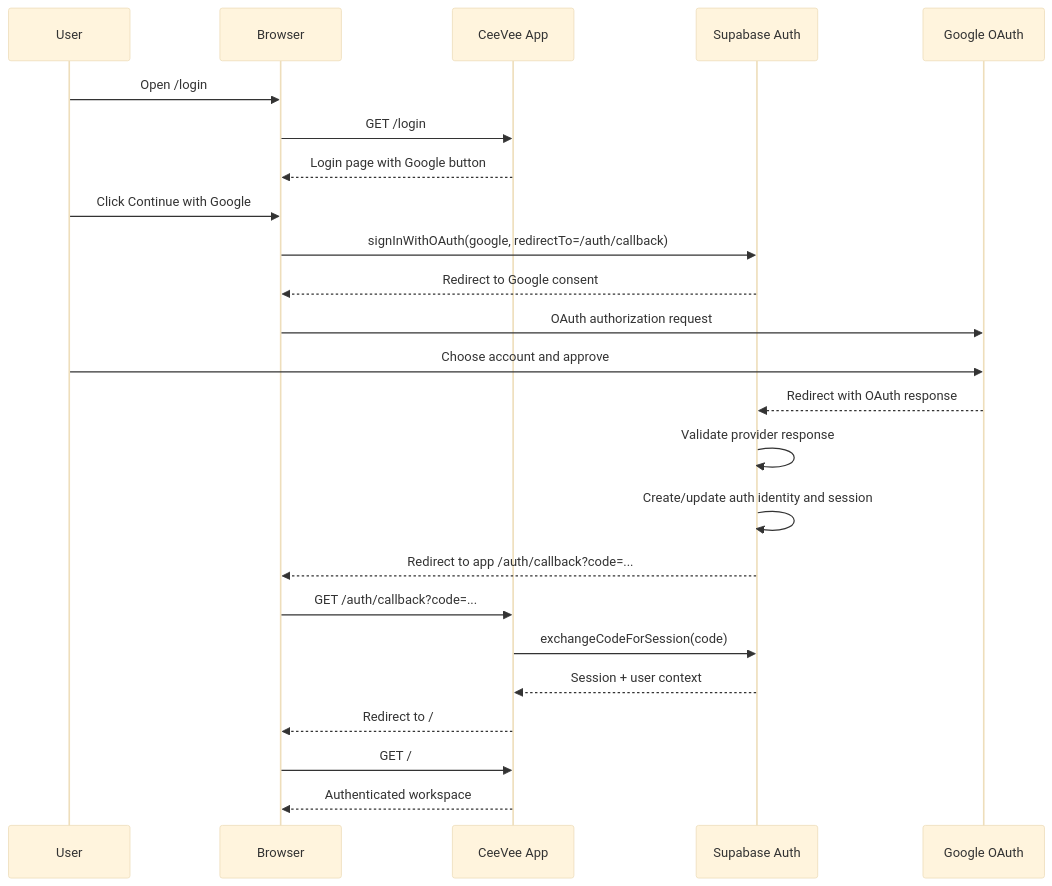
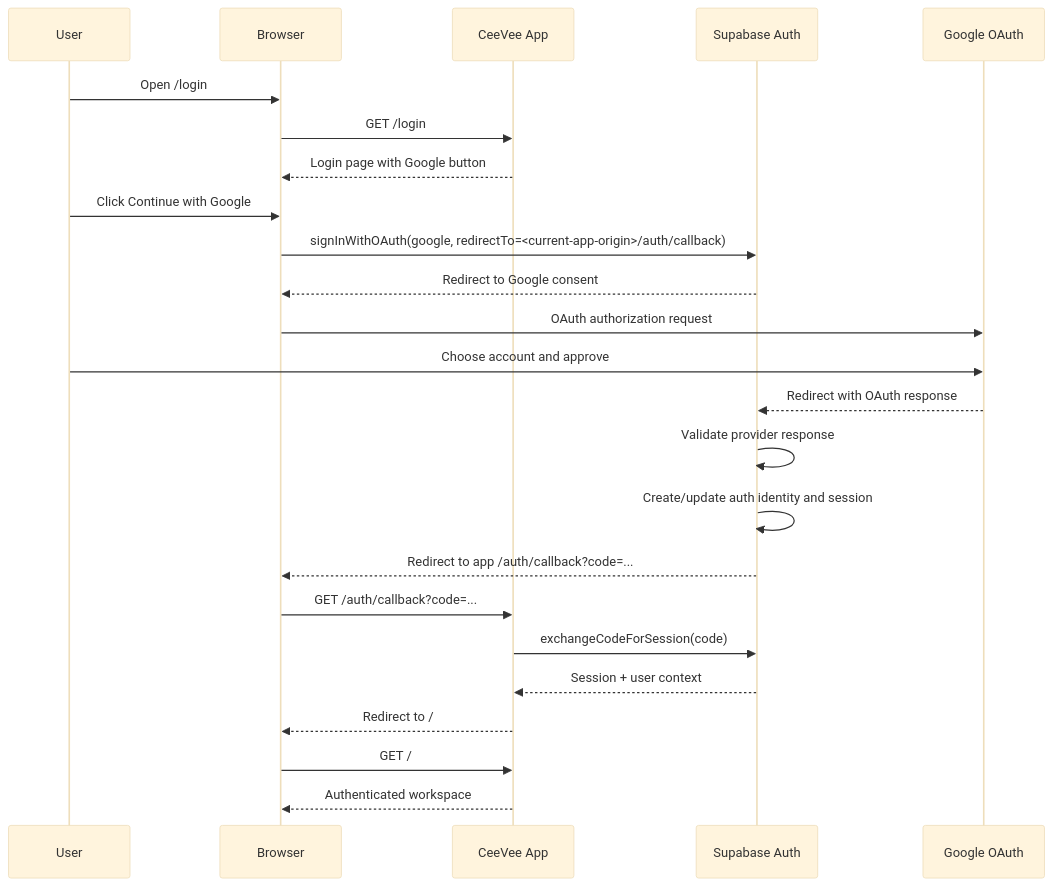
The second of 3 diagrams in docs/google-authentication.md (webeet-io/application-agent), drawn with Mermaid (base theme) before and after one commit.

Commit message:
Tighten auth flow wording in Google OAuth docs

````diff
--- a/docs/google-authentication.md
+++ b/docs/google-authentication.md
@@ -54,27 +54,27 @@
 ```mermaid
 sequenceDiagram
     participant U as User
     participant B as Browser
     participant A as CeeVee App
     participant S as Supabase Auth
     participant G as Google OAuth
 
     U->>B: Open /login
     B->>A: GET /login
     A-->>B: Login page with Google button
     U->>B: Click Continue with Google
-    B->>S: signInWithOAuth(google, redirectTo=/auth/callback)
+    B->>S: signInWithOAuth(google, redirectTo=<current-app-origin>/auth/callback)
     S-->>B: Redirect to Google consent
     B->>G: OAuth authorization request
     U->>G: Choose account and approve
     G-->>S: Redirect with OAuth response
     S->>S: Validate provider response
     S->>S: Create/update auth identity and session
     S-->>B: Redirect to app /auth/callback?code=...
     B->>A: GET /auth/callback?code=...
     A->>S: exchangeCodeForSession(code)
     S-->>A: Session + user context
     A-->>B: Redirect to /
     B->>A: GET /
     A-->>B: Authenticated workspace
 ```
````
